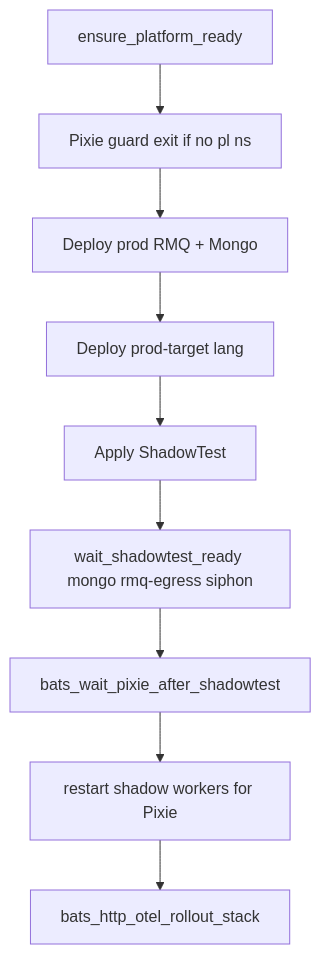
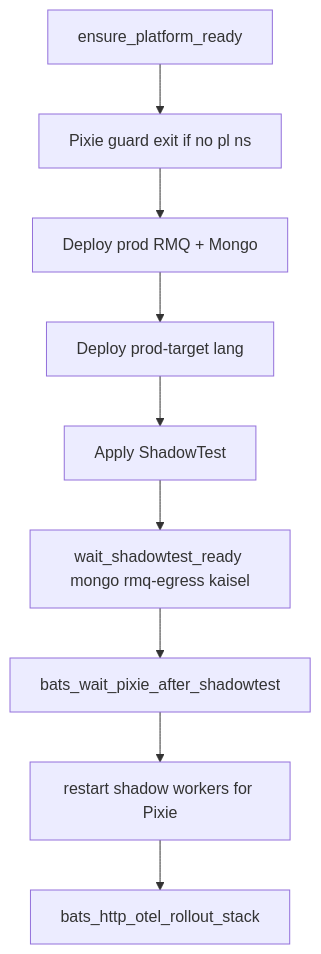
One commit to nederrgo/shadow-diff changed the first of 2 diagrams in docs/verification/http-ingress-e2e-flow.md. Above: the diagram before and after it, drawn with Mermaid. The commit also changed other lines of this file and 120 other files, not shown here.

````diff
--- a/docs/verification/http-ingress-e2e-flow.md
+++ b/docs/verification/http-ingress-e2e-flow.md
@@ -46,11 +46,11 @@
 ```mermaid
 flowchart TD
   plat[ensure_platform_ready] --> pixieGuard[Pixie guard exit if no pl ns]
   pixieGuard --> deps[Deploy prod RMQ + Mongo]
   deps --> worker[Deploy prod-target lang]
   worker --> st[Apply ShadowTest]
-  st --> wait[wait_shadowtest_ready mongo rmq-egress siphon]
+  st --> wait[wait_shadowtest_ready mongo rmq-egress kaisel]
   wait --> mongoPxL[bats_wait_pixie_after_shadowtest]
   mongoPxL --> restart[restart shadow workers for Pixie]
   restart --> rollout[bats_http_otel_rollout_stack]
 ```
````
